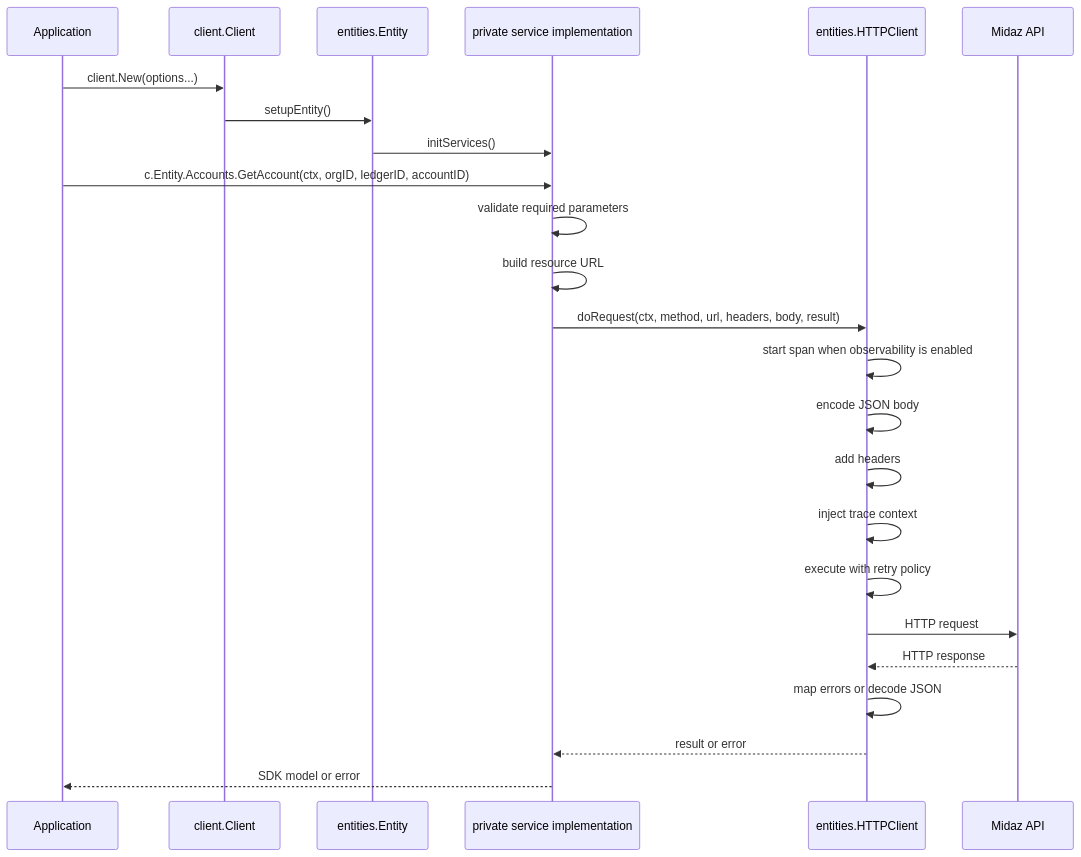
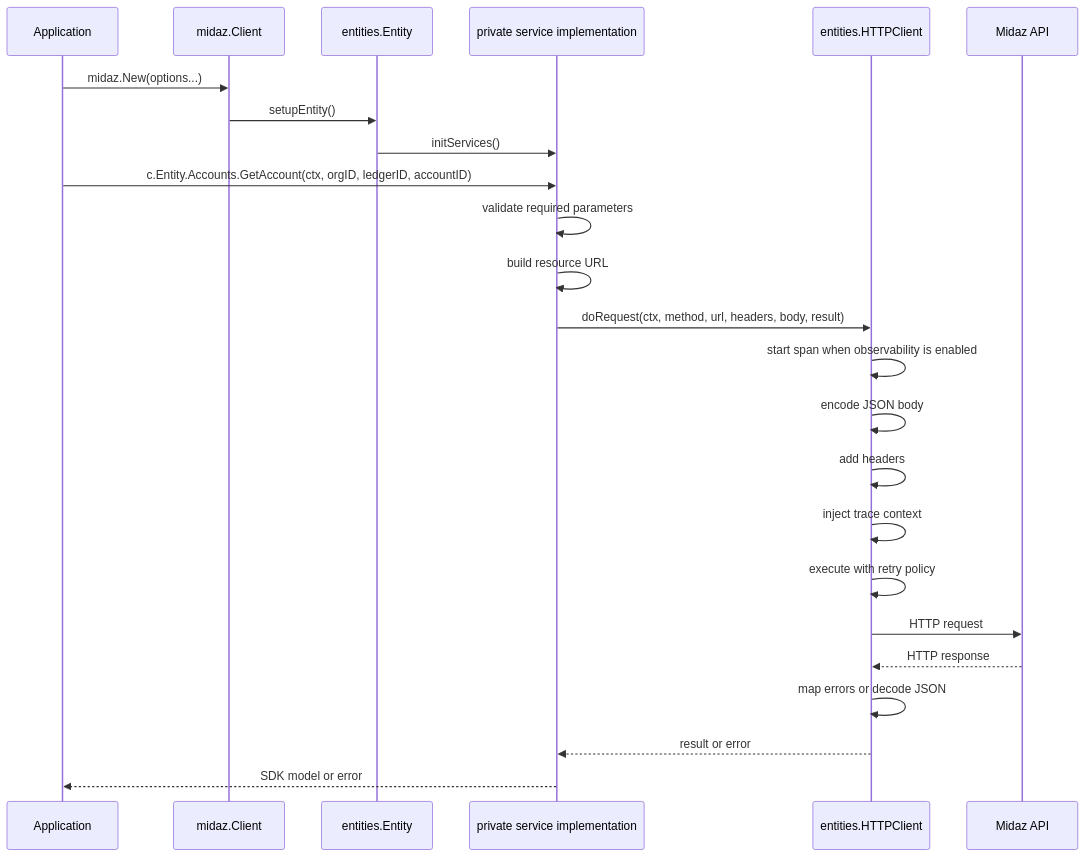
Before and after one commit to LerianStudio/midaz-sdk-golang: the third of 3 diagrams in docs/comprehensive-architecture.md, drawn with Mermaid. The commit also changed other lines of this file and 25 other files, not shown here.

````diff
--- a/docs/comprehensive-architecture.md
+++ b/docs/comprehensive-architecture.md
@@ -272,28 +272,28 @@
 ```mermaid
 sequenceDiagram
     participant App as Application
-    participant Client as client.Client
+    participant Client as midaz.Client
     participant Entity as entities.Entity
     participant Service as private service implementation
     participant HTTP as entities.HTTPClient
     participant API as Midaz API
 
-    App->>Client: client.New(options...)
+    App->>Client: midaz.New(options...)
     Client->>Entity: setupEntity()
     Entity->>Service: initServices()
 
     App->>Service: c.Entity.Accounts.GetAccount(ctx, orgID, ledgerID, accountID)
     Service->>Service: validate required parameters
     Service->>Service: build resource URL
     Service->>HTTP: doRequest(ctx, method, url, headers, body, result)
     HTTP->>HTTP: start span when observability is enabled
     HTTP->>HTTP: encode JSON body
     HTTP->>HTTP: add headers
     HTTP->>HTTP: inject trace context
     HTTP->>HTTP: execute with retry policy
     HTTP->>API: HTTP request
     API-->>HTTP: HTTP response
     HTTP->>HTTP: map errors or decode JSON
     HTTP-->>Service: result or error
     Service-->>App: SDK model or error
 ```
````
